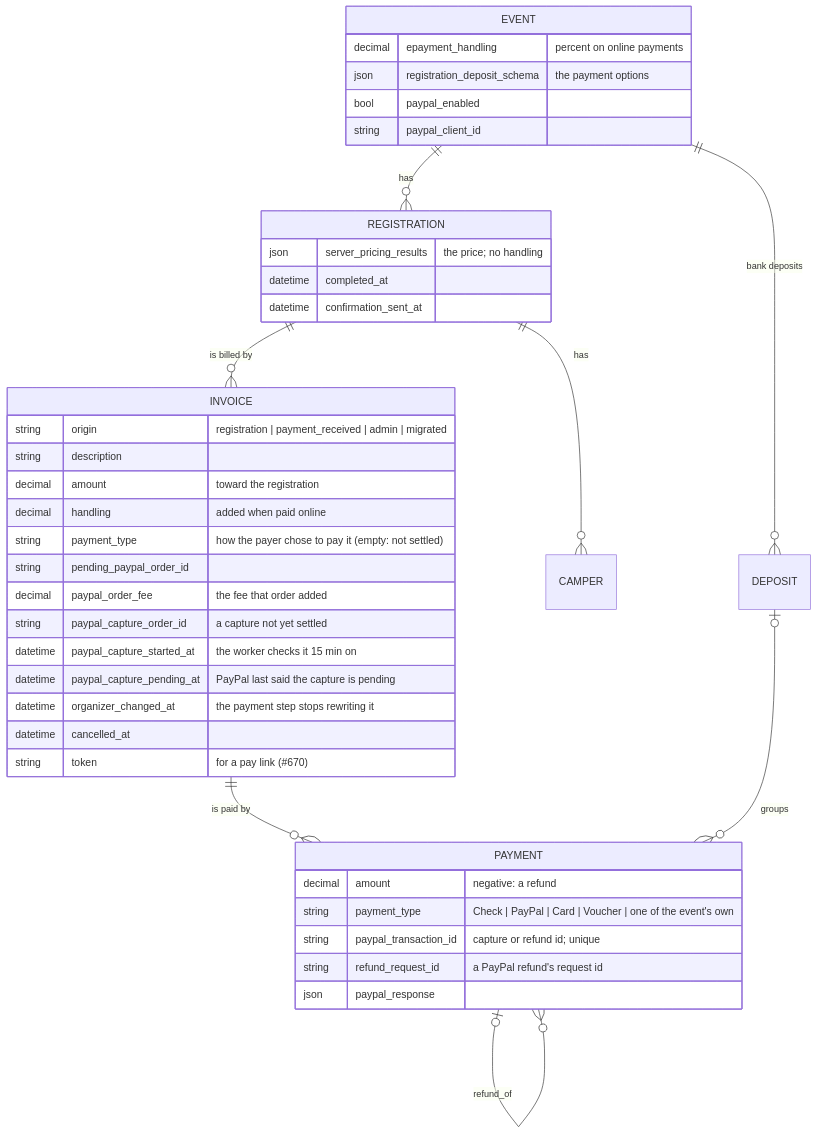
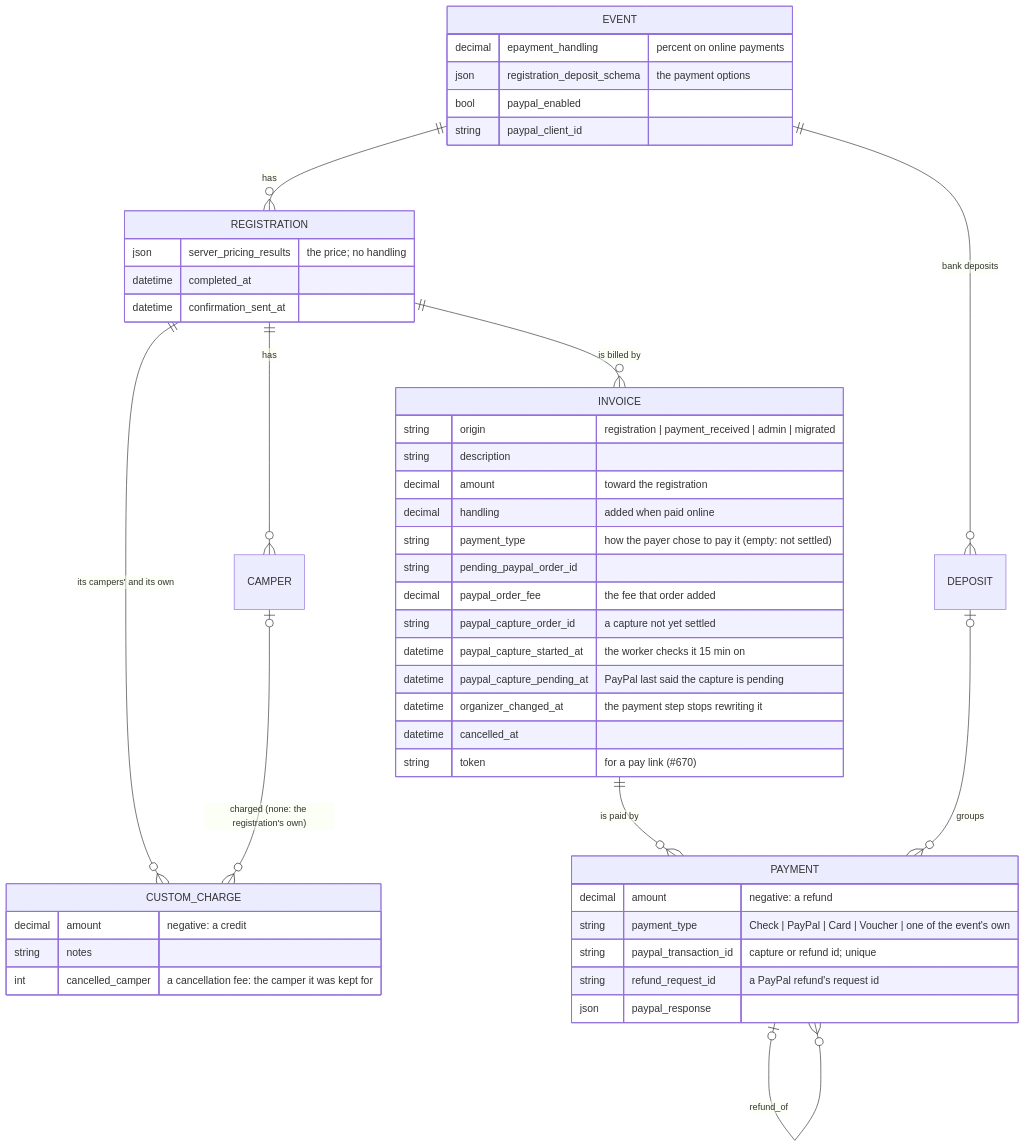
The first of 13 diagrams in doc/payments.md (camphoric/camphoric), drawn with Mermaid before and after one commit. The commit also changed other lines of this file and 39 other files, not shown here.

````diff
--- a/doc/payments.md
+++ b/doc/payments.md
@@ -50,43 +53,50 @@
 ```mermaid
 erDiagram
     EVENT ||--o{ REGISTRATION : has
     EVENT ||--o{ DEPOSIT : "bank deposits"
     REGISTRATION ||--o{ CAMPER : has
+    REGISTRATION ||--o{ CUSTOM_CHARGE : "its campers' and its own"
+    CAMPER |o--o{ CUSTOM_CHARGE : "charged (none: the registration's own)"
     REGISTRATION ||--o{ INVOICE : "is billed by"
     INVOICE ||--o{ PAYMENT : "is paid by"
     PAYMENT |o--o{ PAYMENT : "refund_of"
     DEPOSIT |o--o{ PAYMENT : groups
     EVENT {
         decimal epayment_handling "percent on online payments"
         json registration_deposit_schema "the payment options"
         bool paypal_enabled
         string paypal_client_id
     }
     REGISTRATION {
         json server_pricing_results "the price; no handling"
         datetime completed_at
         datetime confirmation_sent_at
+    }
+    CUSTOM_CHARGE {
+        decimal amount "negative: a credit"
+        string notes
+        int cancelled_camper "a cancellation fee: the camper it was kept for"
     }
     INVOICE {
         string origin "registration | payment_received | admin | migrated"
         string description
         decimal amount "toward the registration"
         decimal handling "added when paid online"
         string payment_type "how the payer chose to pay it (empty: not settled)"
         string pending_paypal_order_id
         decimal paypal_order_fee "the fee that order added"
         string paypal_capture_order_id "a capture not yet settled"
         datetime paypal_capture_started_at "the worker checks it 15 min on"
         datetime paypal_capture_pending_at "PayPal last said the capture is pending"
         datetime organizer_changed_at "the payment step stops rewriting it"
         datetime cancelled_at
         string token "for a pay link (#670)"
     }
     PAYMENT {
         decimal amount "negative: a refund"
         string payment_type "Check | PayPal | Card | Voucher | one of the event's own"
         string paypal_transaction_id "capture or refund id; unique"
         string refund_request_id "a PayPal refund's request id"
         json paypal_response
     }
 ```
````
